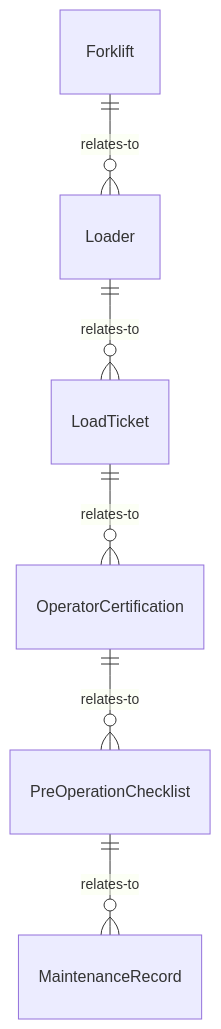
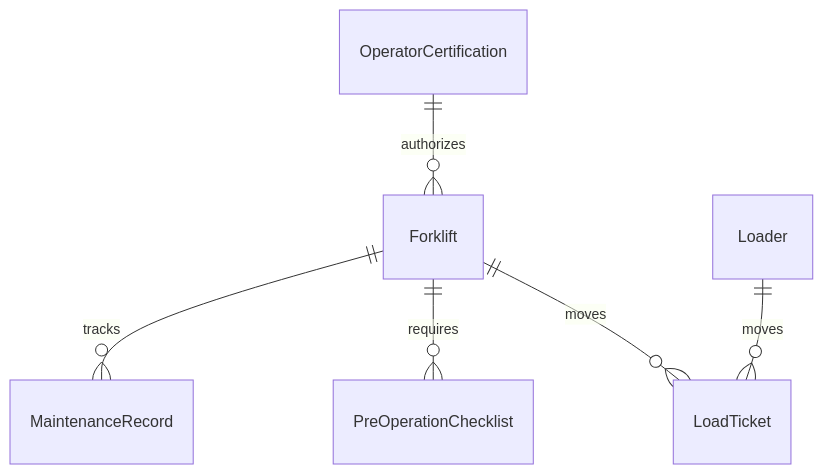
One commit to dot-org-ai/tasks.org.ai changed the first of 4 diagrams in ControllingMachinesAndProcesses/OperateLiftingOrMovingEquipment/OperateForkliftsLoaders.mdx. Above: the diagram before and after it, drawn with Mermaid. The commit also changed other lines of this file and 515 other files, not shown here.

````diff
--- a/ControllingMachinesAndProcesses/OperateLiftingOrMovingEquipment/OperateForkliftsLoaders.mdx
+++ b/ControllingMachinesAndProcesses/OperateLiftingOrMovingEquipment/OperateForkliftsLoaders.mdx
@@ -87,8 +87,8 @@
 ```mermaid
 erDiagram
-    Forklift ||--o{ Loader : relates-to
-    Loader ||--o{ LoadTicket : relates-to
-    LoadTicket ||--o{ OperatorCertification : relates-to
-    OperatorCertification ||--o{ PreOperationChecklist : relates-to
-    PreOperationChecklist ||--o{ MaintenanceRecord : relates-to
+    Forklift ||--o{ LoadTicket : moves
+    Loader ||--o{ LoadTicket : moves
+    Forklift ||--o{ PreOperationChecklist : requires
+    Forklift ||--o{ MaintenanceRecord : tracks
+    OperatorCertification ||--o{ Forklift : authorizes
 ```
````
